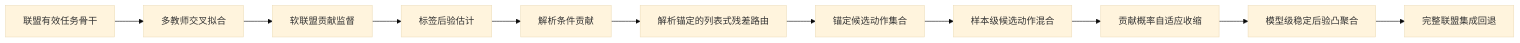
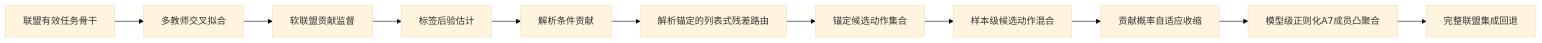
The diagram in MAIN_WORK_CN.md (Eternity-G/RCG-Fusion), drawn with Mermaid (base theme) before and after one commit. The commit also changed other lines of this file and 15 other files, not shown here.

````diff
--- a/MAIN_WORK_CN.md
+++ b/MAIN_WORK_CN.md
@@ -15,13 +15,13 @@
 ```mermaid
 flowchart LR
     A[联盟有效任务骨干] --> B[多教师交叉拟合]
     B --> C[软联盟贡献监督]
     C --> D[标签后验估计]
     D --> E[解析条件贡献]
     E --> F[解析锚定的列表式残差路由]
     F --> G[锚定候选动作集合]
     G --> H[样本级候选动作混合]
     H --> I[贡献概率自适应收缩]
-    I --> J[模型级稳定后验凸聚合]
+    I --> J[模型级正则化A7成员凸聚合]
     J --> K[完整联盟集成回退]
 ```
````
